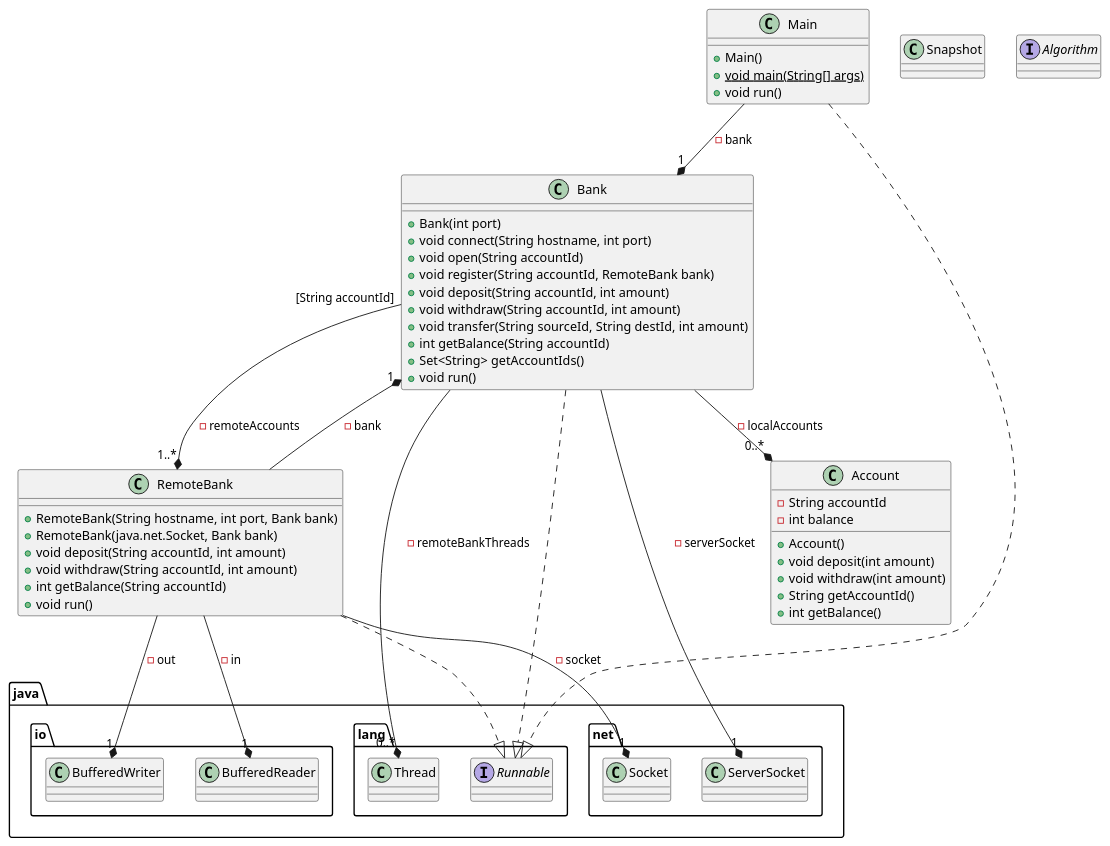
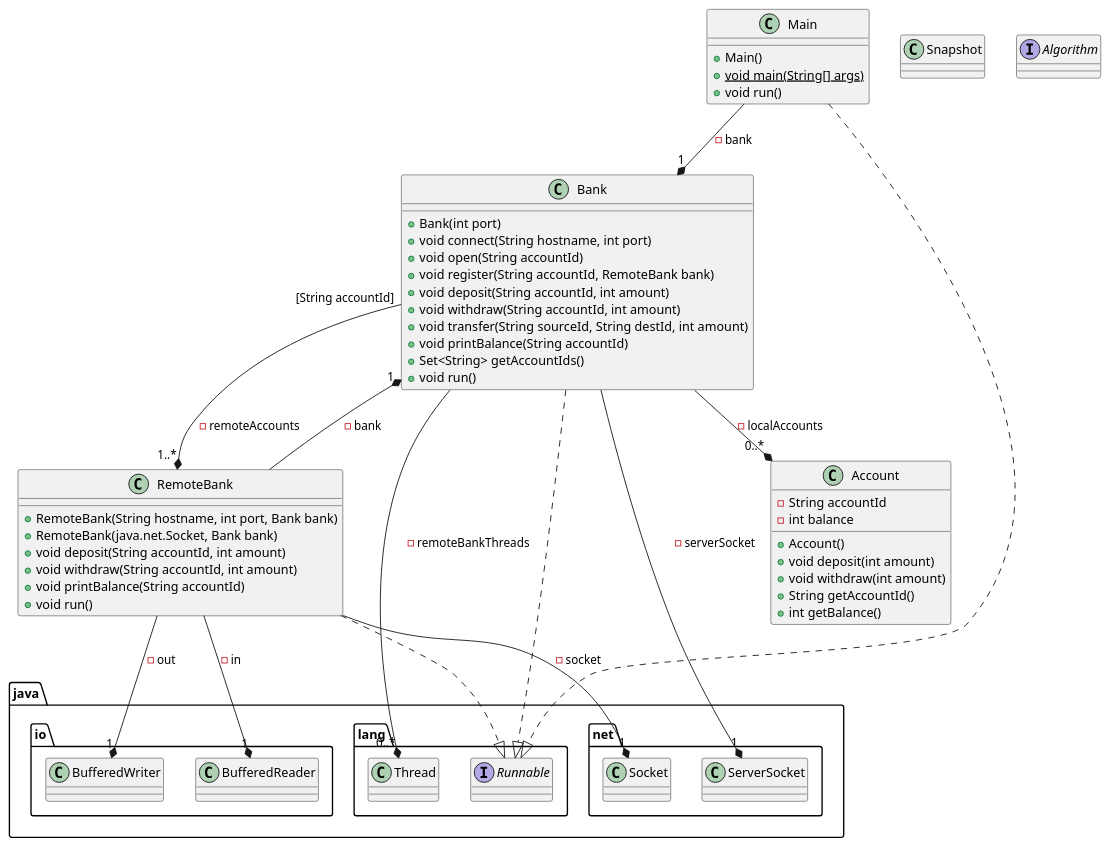
The diagram in docs/classes.puml (omjadas/distributed-banking), drawn with PlantUML before and after one commit. The commit also changed 3 other files, not shown here.

```diff
--- a/docs/classes.puml
+++ b/docs/classes.puml
@@ -1,61 +1,61 @@
 @startuml P2P Bank
 class Main {
     + Main()
     + {static} void main(String[] args)
     + void run()
 }
 
 class Bank {
     + Bank(int port)
     + void connect(String hostname, int port)
     + void open(String accountId)
     + void register(String accountId, RemoteBank bank)
     + void deposit(String accountId, int amount)
     + void withdraw(String accountId, int amount)
     + void transfer(String sourceId, String destId, int amount)
-    + int getBalance(String accountId)
+    + void printBalance(String accountId)
     + Set<String> getAccountIds()
     + void run()
 }
 
 class RemoteBank {
     + RemoteBank(String hostname, int port, Bank bank)
     + RemoteBank(java.net.Socket, Bank bank)
     + void deposit(String accountId, int amount)
     + void withdraw(String accountId, int amount)
-    + int getBalance(String accountId)
+    + void printBalance(String accountId)
     + void run()
 }
 
 class Account {
     - String accountId
     - int balance
     + Account()
     + void deposit(int amount)
     + void withdraw(int amount)
     + String getAccountId()
     + int getBalance()
 }
 
 class Snapshot {
 }
 
 interface java.lang.Runnable
 interface Algorithm
 
 Main --* "1" Bank : - bank
 Main ..|> java.lang.Runnable
 
 Bank --* "1" java.net.ServerSocket : - serverSocket
 Bank --* "0..*" Account : - localAccounts
 Bank --* "0..*" java.lang.Thread : - remoteBankThreads
 Bank "[String accountId]" --* "1..*" RemoteBank : - remoteAccounts
 Bank ..|> java.lang.Runnable
 
 RemoteBank --* "1" java.net.Socket : - socket
 RemoteBank --* "1" Bank : - bank
 RemoteBank --* "1" java.io.BufferedReader : - in
 RemoteBank --* "1" java.io.BufferedWriter : - out
 RemoteBank ..|> java.lang.Runnable
 
 @enduml
```
